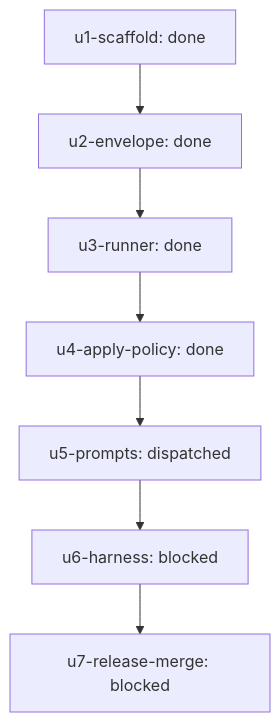
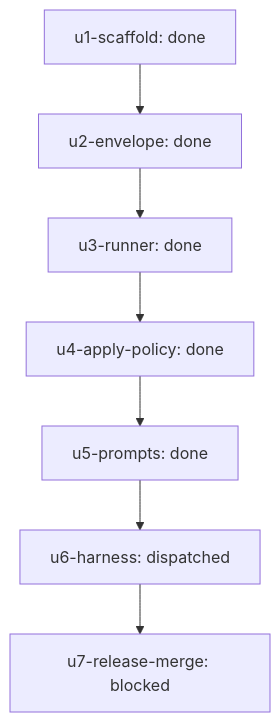
The diagram in docs/outcomes/antigravity-teammate-plugin/report.md (infiquetra/infiquetra-claude-plugins), drawn with Mermaid before and after one commit. The commit also changed other lines of this file, not shown here.

````diff
--- a/docs/outcomes/antigravity-teammate-plugin/report.md
+++ b/docs/outcomes/antigravity-teammate-plugin/report.md
@@ -7,16 +7,16 @@
 ```mermaid
 flowchart TD
     u1-scaffold["u1-scaffold: done"]
     u2-envelope["u2-envelope: done"]
     u3-runner["u3-runner: done"]
     u4-apply-policy["u4-apply-policy: done"]
-    u5-prompts["u5-prompts: dispatched"]
-    u6-harness["u6-harness: blocked"]
+    u5-prompts["u5-prompts: done"]
+    u6-harness["u6-harness: dispatched"]
     u7-release-merge["u7-release-merge: blocked"]
     u1-scaffold --> u2-envelope
     u2-envelope --> u3-runner
     u3-runner --> u4-apply-policy
     u4-apply-policy --> u5-prompts
     u5-prompts --> u6-harness
     u6-harness --> u7-release-merge
 ```
````
